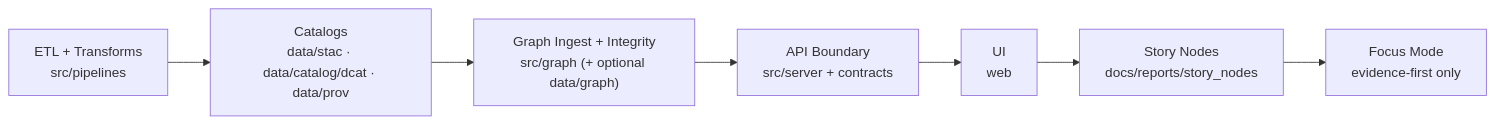
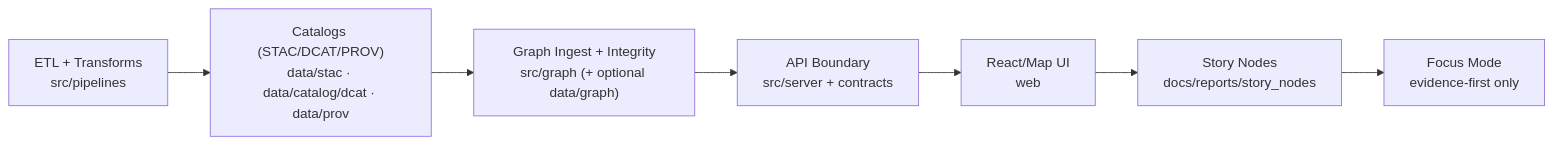
The first of 2 diagrams in src/README.md (bartytime4life/Kansas-Frontier-Matrix), drawn with Mermaid before and after one commit. The commit also changed other lines of this file, not shown here.

```diff
--- a/src/README.md
+++ b/src/README.md
@@ -344,9 +352,9 @@
 ~~~mermaid
 flowchart LR
-  A["ETL + Transforms<br/>src/pipelines"] --> B["Catalogs<br/>data/stac · data/catalog/dcat · data/prov"]
+  A["ETL + Transforms<br/>src/pipelines"] --> B["Catalogs (STAC/DCAT/PROV)<br/>data/stac · data/catalog/dcat · data/prov"]
   B --> C["Graph Ingest + Integrity<br/>src/graph (+ optional data/graph)"]
   C --> D["API Boundary<br/>src/server + contracts"]
-  D --> E["UI<br/>web"]
+  D --> E["React/Map UI<br/>web"]
   E --> F["Story Nodes<br/>docs/reports/story_nodes"]
   F --> G["Focus Mode<br/>evidence-first only"]
 ~~~
```
